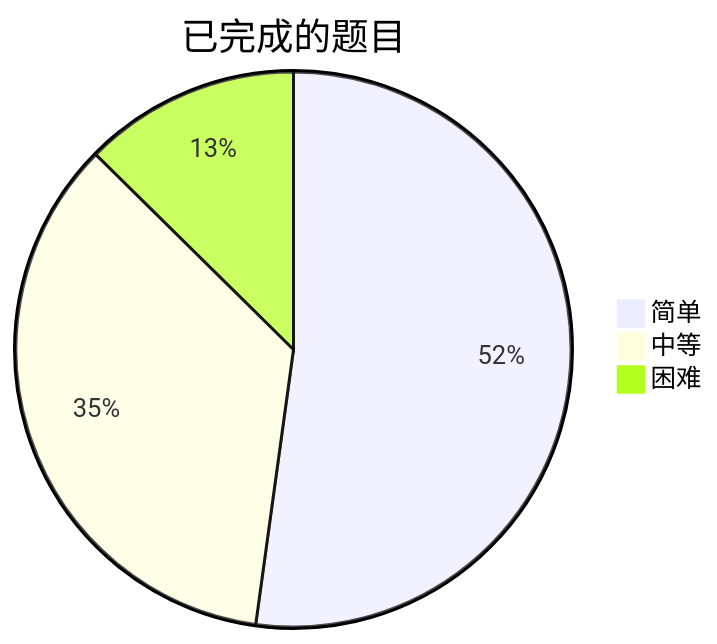
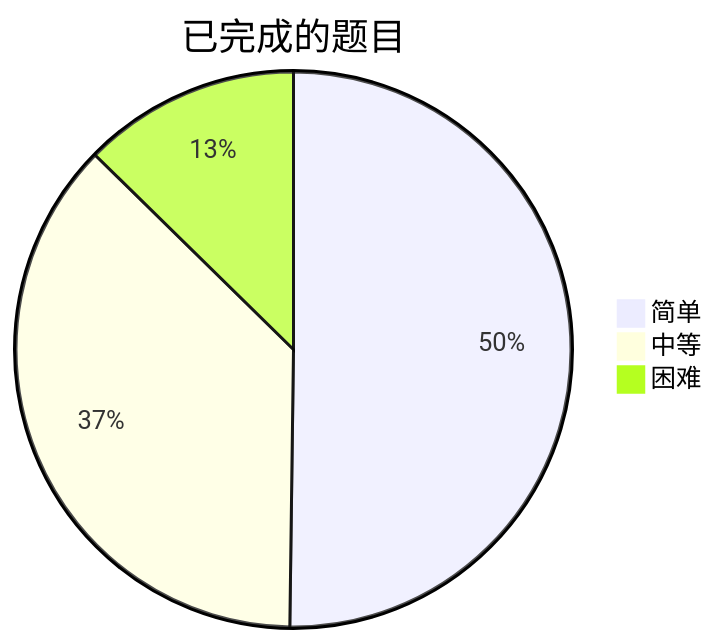
Before and after one commit to kaisa911/LeetCode: the diagram in README.md, drawn with Mermaid. The commit also changed other lines of this file and 7 other files, not shown here.

````diff
--- a/README.md
+++ b/README.md
@@ -9,7 +8,7 @@
 ```mermaid
 pie title 已完成的题目
-    "简单" : 120
-    "中等" : 81
-    "困难" : 29
+    "简单" : 119
+    "中等" : 88
+    "困难" : 30
 
 ```
````
